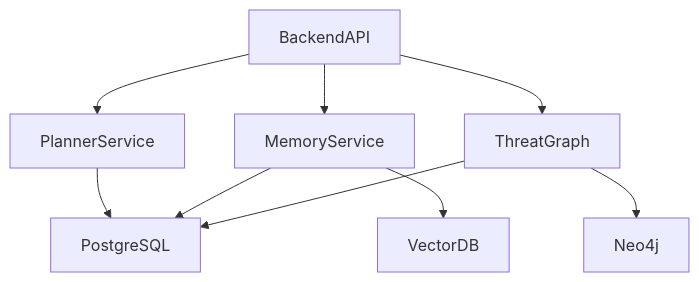
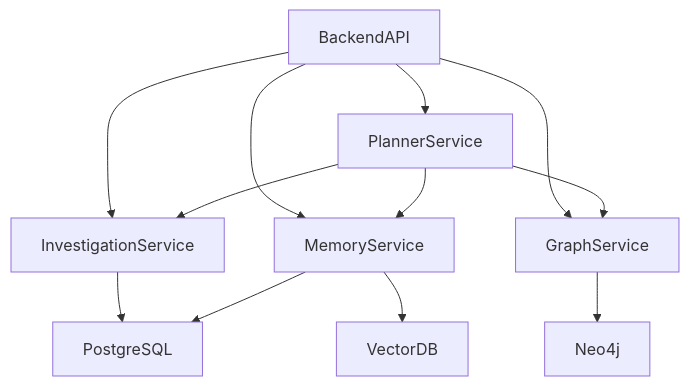
Before and after one commit to koraayoztuurk/SentinelAI: the third of 3 diagrams in docs/04-backend/database-architecture.md, drawn with Mermaid.

Commit message:
docs(database): enforce service ownership in data access

````diff
--- a/docs/04-backend/database-architecture.md
+++ b/docs/04-backend/database-architecture.md
@@ -441,19 +441,20 @@
 ```mermaid
 flowchart TD
 
-PlannerService --> PostgreSQL
-
-MemoryService --> PostgreSQL
-
-MemoryService --> VectorDB
-
-ThreatGraph --> Neo4j
-
-ThreatGraph --> PostgreSQL
-
+%% API Routing
+BackendAPI --> InvestigationService
+BackendAPI --> MemoryService
+BackendAPI --> GraphService
 BackendAPI --> PlannerService
 
-BackendAPI --> MemoryService
+%% Workflow Coordination
+PlannerService --> InvestigationService
+PlannerService --> MemoryService
+PlannerService --> GraphService
 
-BackendAPI --> ThreatGraph
+%% Data Ownership
+InvestigationService --> PostgreSQL
+MemoryService --> PostgreSQL
+MemoryService --> VectorDB
+GraphService --> Neo4j
 ```
````
